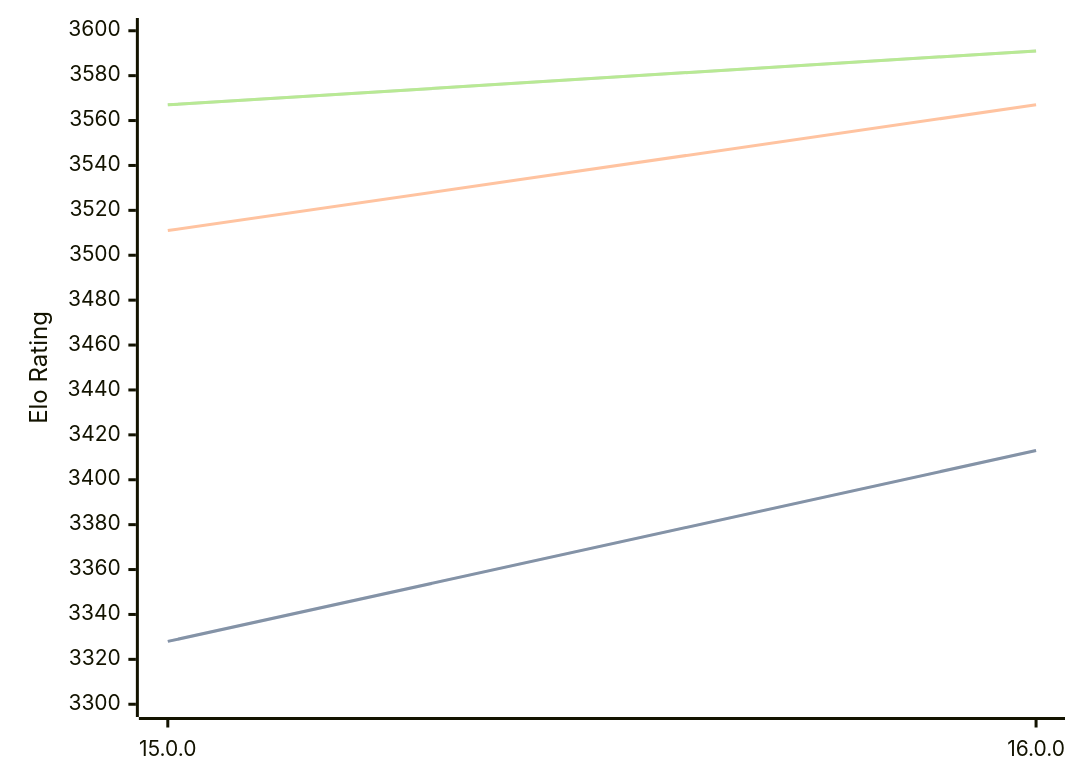
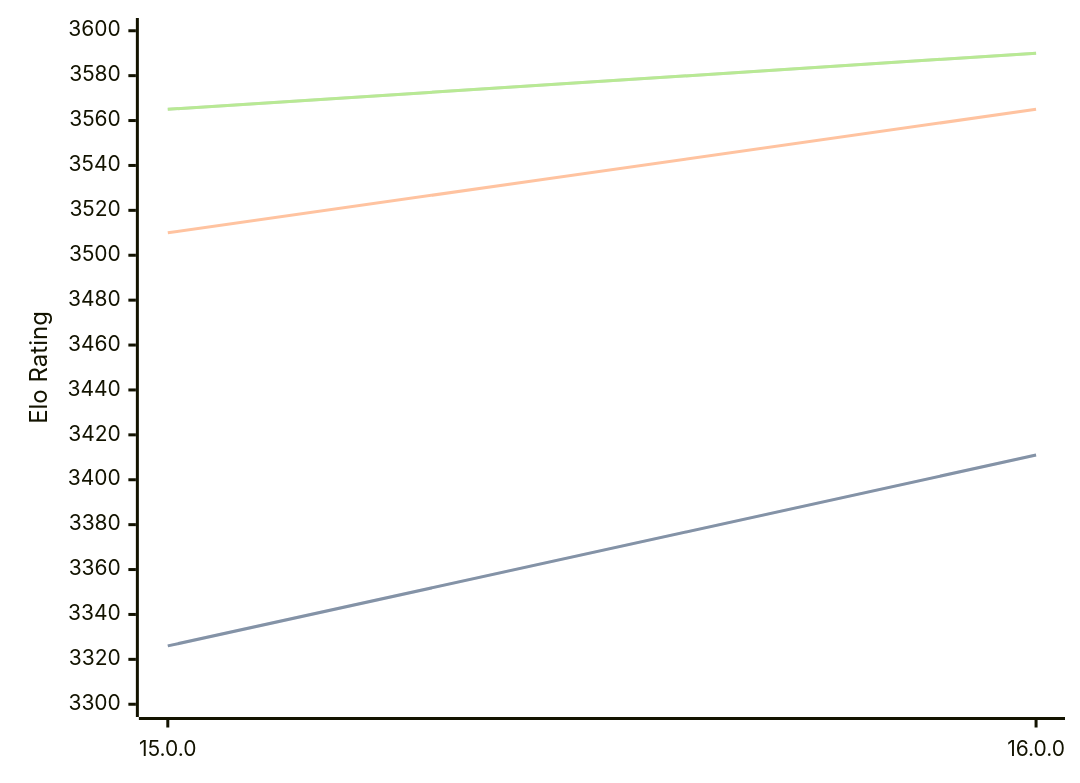
One commit to computer-chess-index/cci changed the diagram in engines/Halogen.md. Above: the diagram before and after it, drawn with Mermaid. The commit also changed other lines of this file, not shown here.

Commit message:
Update CCI Ratings (ELO VLTC) - 2026-03-08

````diff
--- a/engines/Halogen.md
+++ b/engines/Halogen.md
@@ -48,11 +48,11 @@
 ```mermaid
 %%{init: {"theme":"base","themeVariables":{"seriesColors:['#a3a3a3','#222221','#faa371']}}}%%
 xychart-beta
   x-axis ["15.0.0", "16.0.0"]
   y-axis "Elo Rating" 3300 --> 3600
-  line "STC (8.0+0.08s)" [3328, 3413]
-  line "STC (8.0+0.08s)" [3328, 3413]
-  line "LTC (60.0+0.60s)" [3511, 3567]
-  line "VLTC (2m24s+1.12s)" [3567, 3591]
-  line "VLTC (2m24s+1.12s)" [3567, 3591]
+  line "STC (8.0+0.08s)" [3326, 3411]
+  line "STC (8.0+0.08s)" [3326, 3411]
+  line "LTC (60.0+0.60s)" [3510, 3565]
+  line "VLTC (2m24s+1.12s)" [3565, 3590]
+  line "VLTC (2m24s+1.12s)" [3565, 3590]
 ```
````
